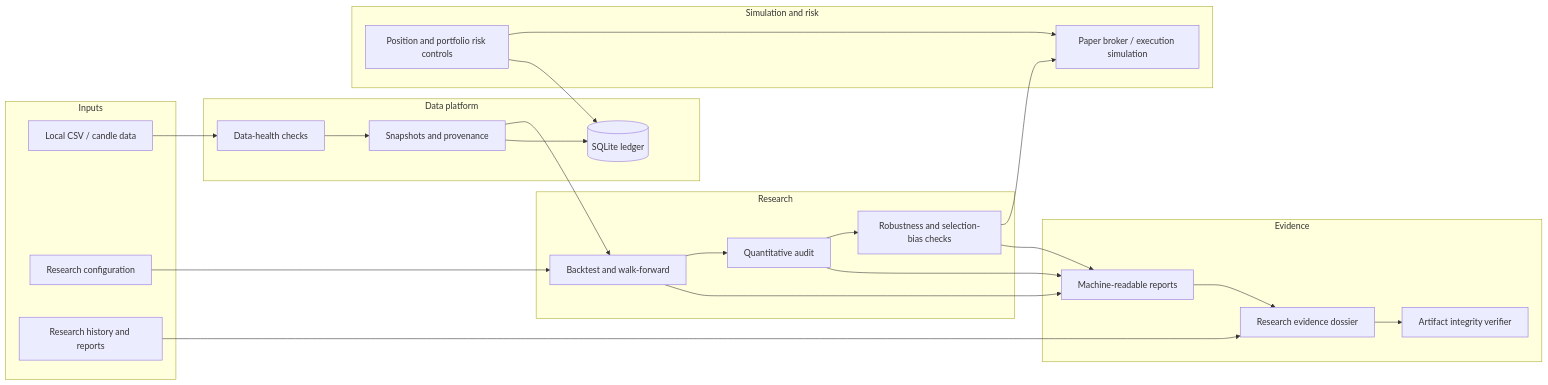
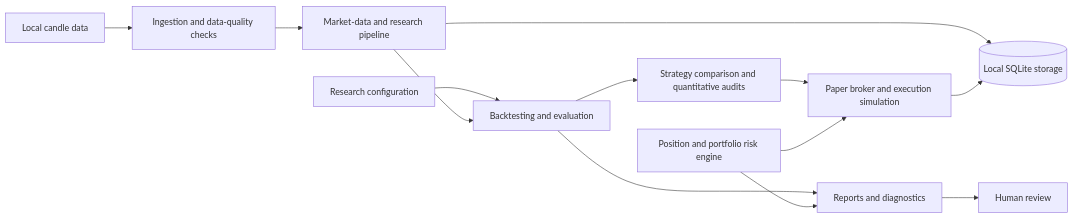
One commit to pffoijeguff/ARASH- changed the diagram in docs/ARCHITECTURE.md. Above: the diagram before and after it, drawn with Mermaid. The commit also changed other lines of this file, not shown here.

````diff
--- a/docs/ARCHITECTURE.md
+++ b/docs/ARCHITECTURE.md
@@ -9,40 +9,15 @@
 ```mermaid
 flowchart LR
-    subgraph Inputs
-        CSV[Local CSV / candle data]
-        CFG[Research configuration]
-        HIST[Research history and reports]
-    end
-    subgraph DataPlatform[Data platform]
-        HEALTH[Data-health checks]
-        SNAP[Snapshots and provenance]
-        LEDGER[(SQLite ledger)]
-    end
-    subgraph Research
-        BT[Backtest and walk-forward]
-        QUANT[Quantitative audit]
-        ROB[Robustness and selection-bias checks]
-    end
-    subgraph SimulationAndRisk[Simulation and risk]
-        PAPER[Paper broker / execution simulation]
-        RISK[Position and portfolio risk controls]
-    end
-    subgraph Evidence
-        REPORT[Machine-readable reports]
-        DOSSIER[Research evidence dossier]
-        VERIFY[Artifact integrity verifier]
-    end
-    CSV --> HEALTH --> SNAP
-    CFG --> BT
-    SNAP --> BT
-    SNAP --> LEDGER
-    BT --> QUANT --> ROB
-    ROB --> PAPER
-    RISK --> PAPER
-    BT --> REPORT
-    QUANT --> REPORT
-    ROB --> REPORT
-    RISK --> LEDGER
-    REPORT --> DOSSIER --> VERIFY
-    HIST --> DOSSIER
+    CSV[Local candle data] --> DATA[Ingestion and data-quality checks]
+    DATA --> MARKET[Market-data and research pipeline]
+    CONFIG[Research configuration] --> BACKTEST[Backtesting and evaluation]
+    MARKET --> BACKTEST
+    BACKTEST --> QUANT[Strategy comparison and quantitative audits]
+    QUANT --> PAPER[Paper broker and execution simulation]
+    RISK[Position and portfolio risk engine] --> PAPER
+    MARKET --> STORE[(Local SQLite storage)]
+    BACKTEST --> REPORTS[Reports and diagnostics]
+    PAPER --> STORE
+    RISK --> REPORTS
+    REPORTS --> REVIEW[Human review]
 ```
````
